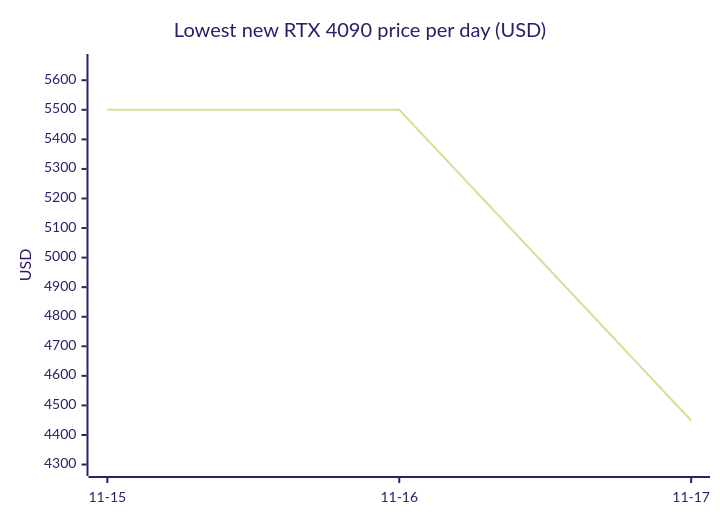
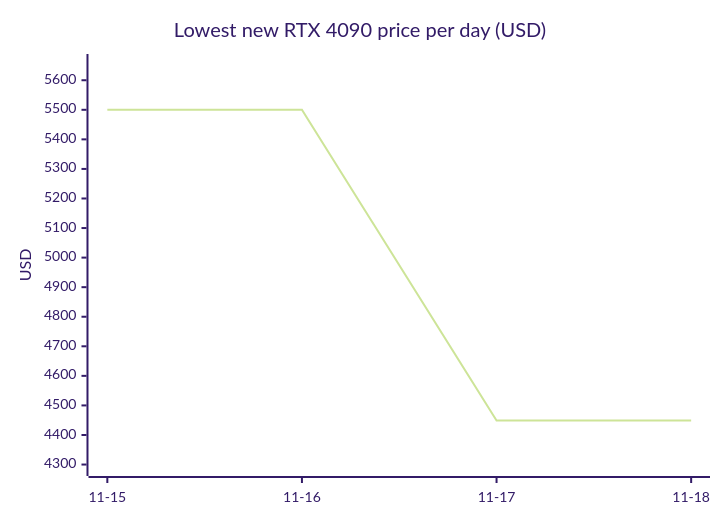
Before and after one commit to 7324136828/4tb_ssd_price_watch: the seventh of 18 diagrams in README.md, drawn with Mermaid (forest theme). The commit also changed other lines of this file, not shown here.

````diff
--- a/README.md
+++ b/README.md
@@ -431,7 +471,7 @@
 ```mermaid
 xychart-beta
     title "Lowest new RTX 4090 price per day (USD)"
-    x-axis ["11-15", "11-16", "11-17"]
+    x-axis ["11-15", "11-16", "11-17", "11-18"]
     y-axis "USD" 4290 --> 5660
-    line [5500.00, 5500.00, 4449.00]
+    line [5500.00, 5500.00, 4449.00, 4449.00]
 ```
````
